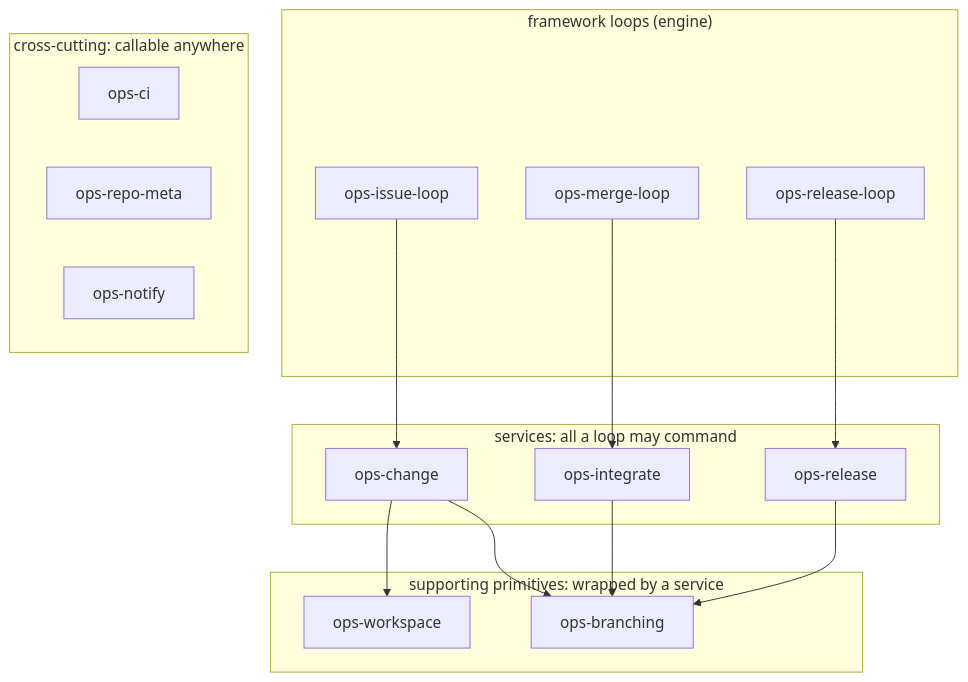
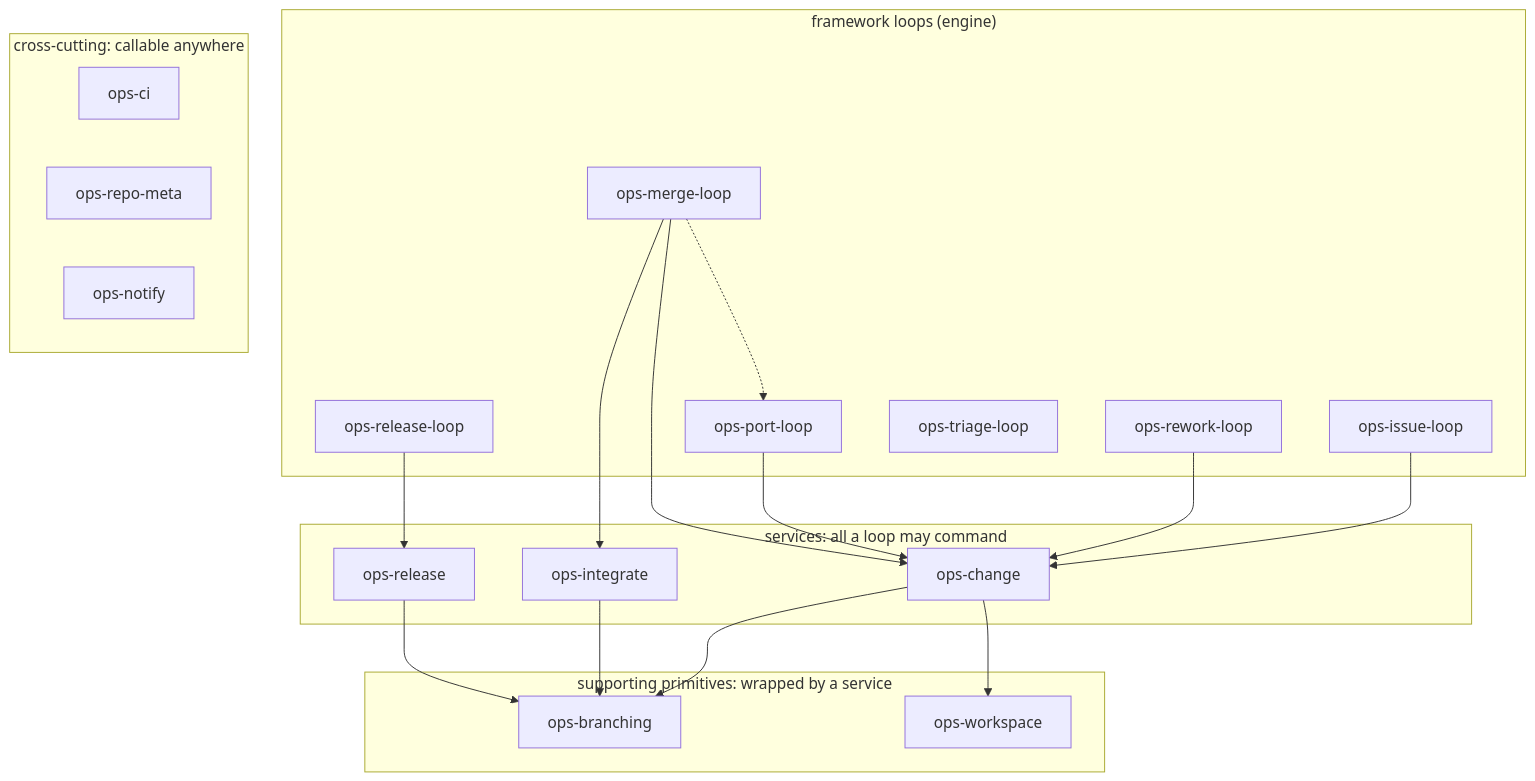
One commit to umbraco/umbraco-ai-ops changed the third of 3 diagrams in README.md. Above: the diagram before and after it, drawn with Mermaid. The commit also changed other lines of this file and 2 other files, not shown here.

First line of the commit message:
docs: the port loop, missing from both manifests and the loop diagram

````diff
--- a/README.md
+++ b/README.md
@@ -197,29 +197,36 @@
 ```mermaid
 flowchart TD
   subgraph L["framework loops (engine)"]
     IL[ops-issue-loop]
+    RW[ops-rework-loop]
+    PT[ops-port-loop]
     MF[ops-merge-loop]
     AR[ops-release-loop]
+    TR[ops-triage-loop]
   end
   subgraph S["services: all a loop may command"]
     CH[ops-change]
     IN[ops-integrate]
     RE[ops-release]
   end
   subgraph P["supporting primitives: wrapped by a service"]
     BR[ops-branching]
     WS[ops-workspace]
   end
   subgraph X["cross-cutting: callable anywhere"]
     CI[ops-ci]
     RM[ops-repo-meta]
     NO[ops-notify]
   end
   IL --> CH
+  RW --> CH
+  PT --> CH
   MF --> IN
+  MF --> CH
   AR --> RE
+  MF -.-> PT
   CH --> WS
   CH --> BR
   IN --> BR
   RE --> BR
 ```
````
